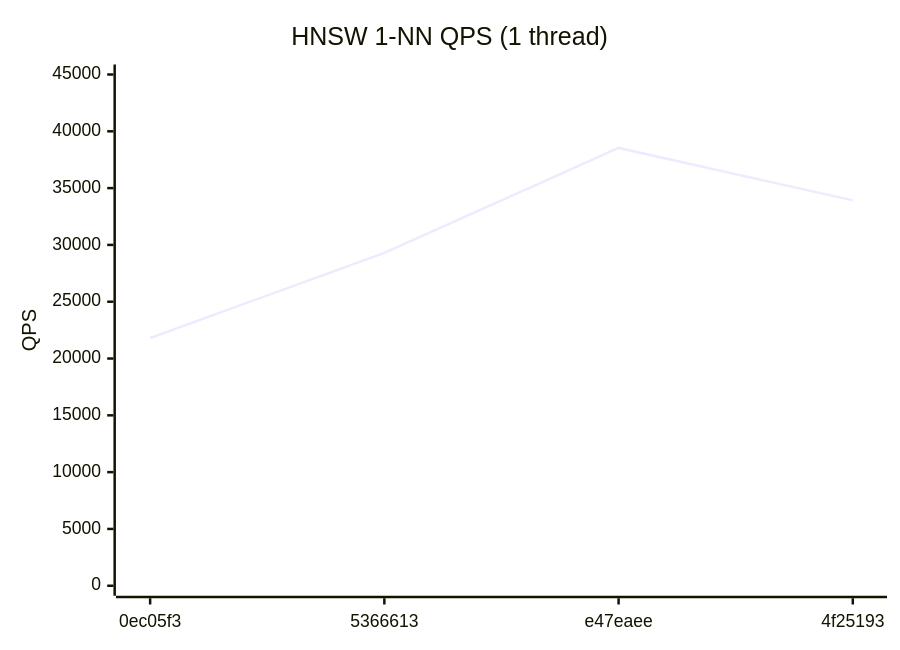
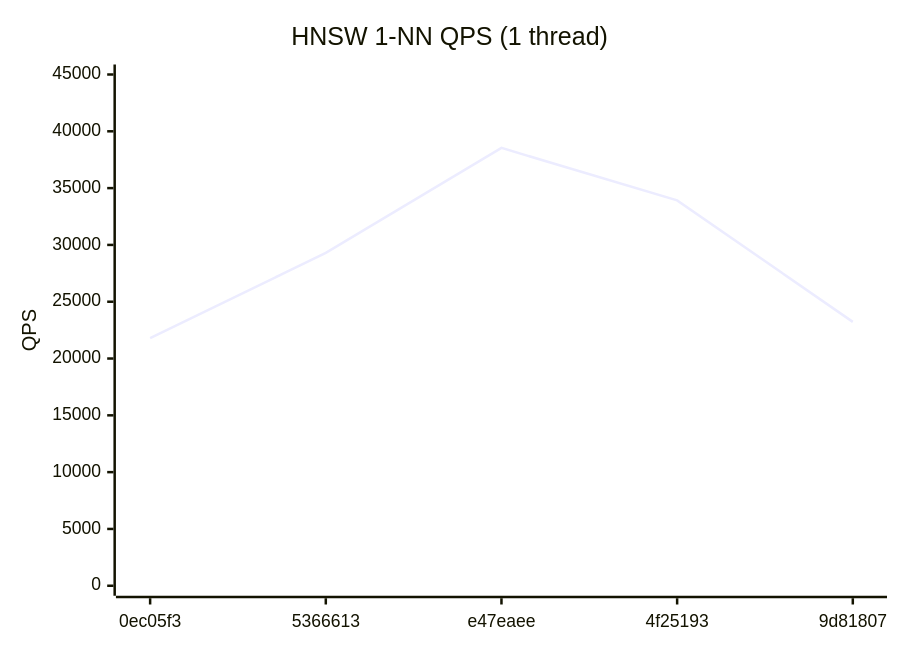
The first of 4 diagrams in benchmarks/REPORT.md (bibidhSubedi0/RedBoxDb), drawn with Mermaid before and after one commit. The commit also changed other lines of this file and 1 other file, not shown here.

````diff
--- a/benchmarks/REPORT.md
+++ b/benchmarks/REPORT.md
@@ -19,7 +19,7 @@
 ```mermaid
 xychart-beta
   title "HNSW 1-NN QPS (1 thread)"
-  x-axis ["0ec05f3", "5366613", "e47eaee", "4f25193"]
+  x-axis ["0ec05f3", "5366613", "e47eaee", "4f25193", "9d81807"]
   y-axis "QPS" 0 --> 45000
-  line [21803, 29297, 38537, 33923]
+  line [21803, 29297, 38537, 33923, 23225]
 ```
````
